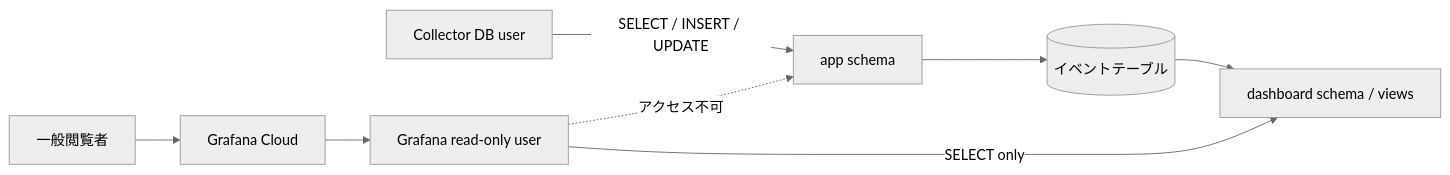
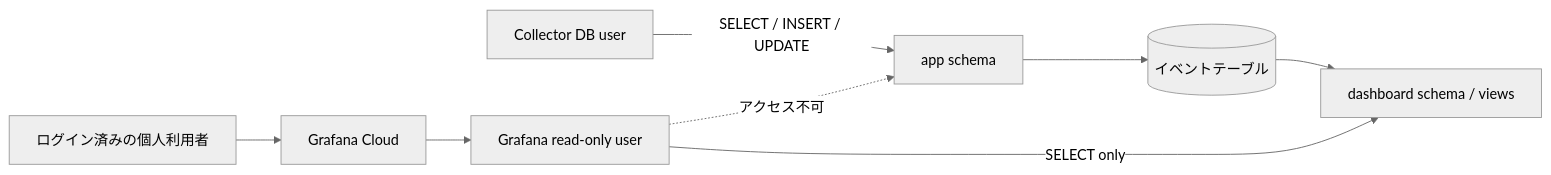
Before and after one commit to mytysoldier/output-pulse: the first of 2 diagrams in docs/database-design.md, drawn with Mermaid (neutral theme). The commit also changed other lines of this file and 9 other files, not shown here.

````diff
--- a/docs/database-design.md
+++ b/docs/database-design.md
@@ -16,10 +16,10 @@
 ```mermaid
 flowchart LR
     COLLECTOR["Collector DB user"] -->|"SELECT / INSERT / UPDATE"| APP["app schema"]
     APP --> EVENTS[("イベントテーブル")]
     EVENTS --> VIEWS["dashboard schema / views"]
     GRAFANA["Grafana read-only user"] -->|"SELECT only"| VIEWS
     GRAFANA -.->|"アクセス不可"| APP
-    VIEWER["一般閲覧者"] --> CLOUD["Grafana Cloud"]
+    VIEWER["ログイン済みの個人利用者"] --> CLOUD["Grafana Cloud"]
     CLOUD --> GRAFANA
 ```
````
